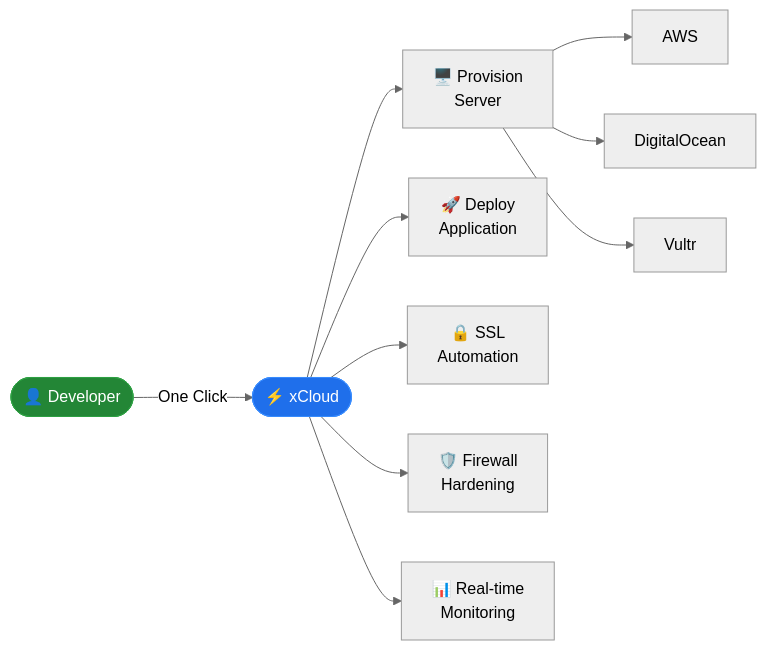
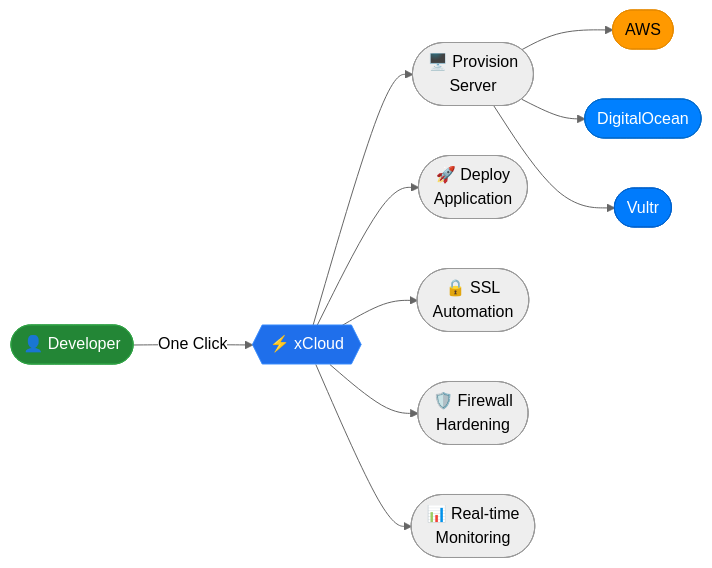
Before and after one commit to sazzadurrahmaan/sazzadurrahmaan: the diagram in README.md, drawn with Mermaid (neutral theme). The commit also changed other lines of this file, not shown here.

````diff
--- a/README.md
+++ b/README.md
@@ -11,15 +27,20 @@
 ```mermaid
 flowchart LR
-    Dev(["👤 Developer"]) -->|One Click| XC(["⚡ xCloud"])
-    XC --> P["🖥️ Provision\nServer"]
-    XC --> D["🚀 Deploy\nApplication"]
-    XC --> S["🔒 SSL\nAutomation"]
-    XC --> F["🛡️ Firewall\nHardening"]
-    XC --> M["📊 Real-time\nMonitoring"]
-    P --> AWS["AWS"]
-    P --> DO["DigitalOcean"]
-    P --> VL["Vultr"]
+    Dev(["👤 Developer"]) -->|One Click| XC{{"⚡ xCloud"}}
+
+    XC --> P(["🖥️ Provision\nServer"])
+    XC --> D(["🚀 Deploy\nApplication"])
+    XC --> S(["🔒 SSL\nAutomation"])
+    XC --> F(["🛡️ Firewall\nHardening"])
+    XC --> M(["📊 Real-time\nMonitoring"])
+
+    P --> AWS(["AWS"])
+    P --> DO(["DigitalOcean"])
+    P --> VL(["Vultr"])
 
     style XC fill:#1f6feb,stroke:#388bfd,color:#fff
     style Dev fill:#238636,stroke:#2ea043,color:#fff
+    style AWS fill:#FF9900,stroke:#e68a00,color:#000
+    style DO fill:#0080FF,stroke:#006acc,color:#fff
+    style VL fill:#007BFC,stroke:#0062cc,color:#fff
 ```
````
